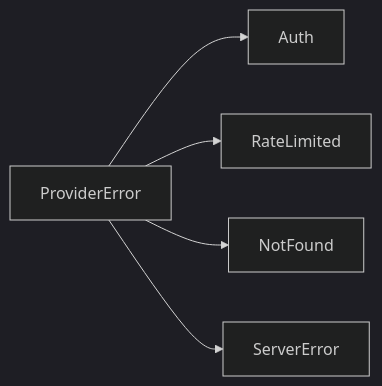
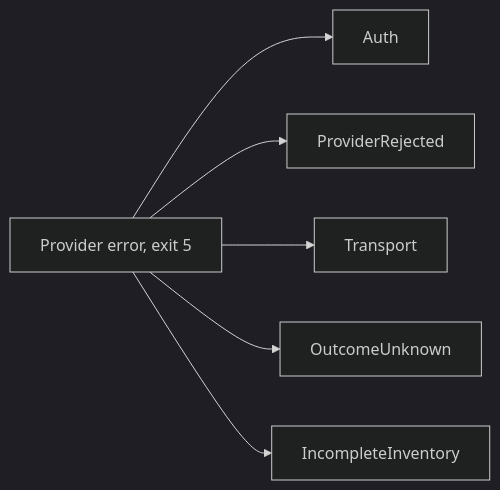
One commit to nickstrad/vm-maker changed the diagram in docs/diagrams/architecture-errors-provider.mmd. Above: the diagram before and after it, drawn with Mermaid (dark theme). The commit also changed 25 other files, not shown here.

First line of the commit message:
Rewrite architecture and CLI docs for stateless v1

```diff
--- a/docs/diagrams/architecture-errors-provider.mmd
+++ b/docs/diagrams/architecture-errors-provider.mmd
@@ -1,6 +1,7 @@
 %% draw-visual: -x 3 -y 0 -p 0
 graph LR
-  PE["ProviderError"] --> AU["Auth"]
-  PE --> RL["RateLimited"]
-  PE --> NF["NotFound"]
-  PE --> SE["ServerError"]
+  E5["Provider error, exit 5"] --> AU["Auth"]
+  E5 --> PR["ProviderRejected"]
+  E5 --> TR["Transport"]
+  E5 --> OU["OutcomeUnknown"]
+  E5 --> II["IncompleteInventory"]
```
